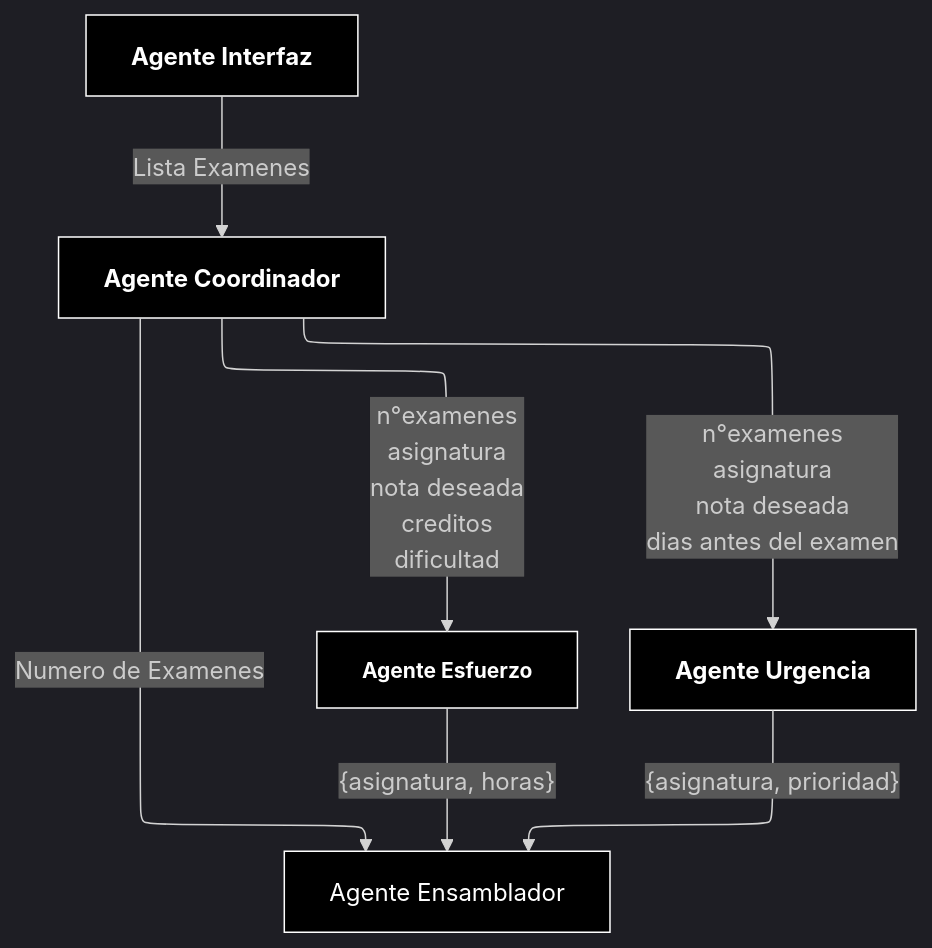
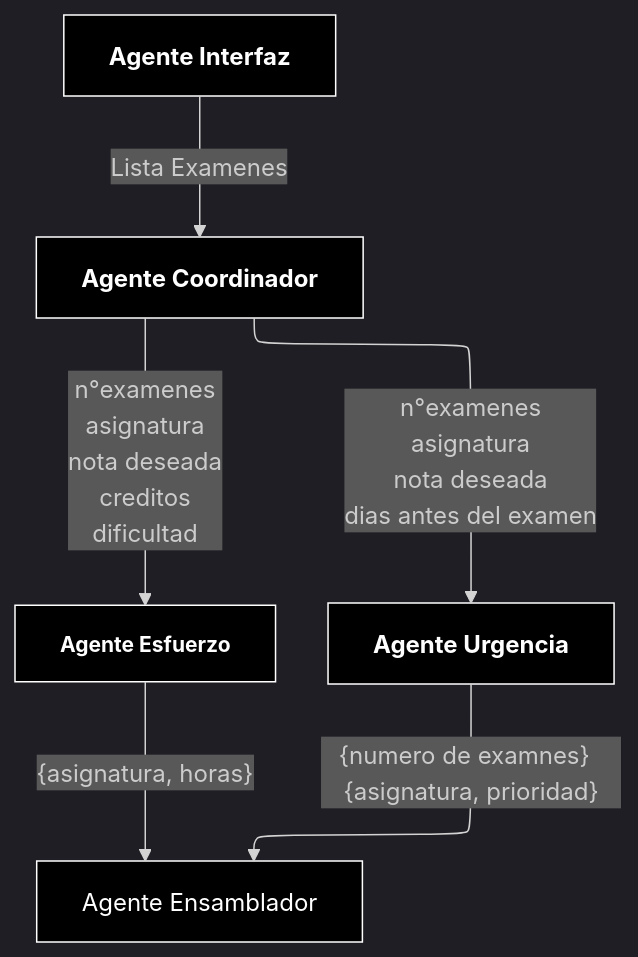
The diagram in README.md (elencantabuelas/ProyectoSI), drawn with Mermaid before and after one commit.

``````diff
--- a/README.md
+++ b/README.md
@@ -100,30 +100,29 @@
 ```mermaid
 ---
 config:
   layout: elk
   theme: dark
 ---
 flowchart TB
     A["`**Agente Interfaz**`"] -- Lista Examenes --> B["`**Agente Coordinador**`"]
     B -- n°examenes<br>asignatura<br>nota deseada<br>creditos<br>dificultad --> C["`**Agente Esfuerzo**`"]
     B -- n°examenes<br>asignatura<br>nota deseada<br>dias antes del examen --> D["`**Agente Urgencia**`"]
     C -- {asignatura, horas} --> E["Agente Ensamblador"]
-    D -- {asignatura, prioridad} --> E
-    B -- Numero de Examenes --> E
+    D -- {numero de examnes}  {asignatura, prioridad} --> E
 
      A:::interfaz
      B:::coordinador
      C:::esfuerzo
      D:::urgencia
      E:::ensamblador
     classDef interfaz stroke:#818cf8,fill:#eef2ff
     classDef coordinador stroke:#a78bfa,fill:#f5f3ff
     classDef esfuerzo stroke:#2dd4bf,fill:#f0fdfa
     classDef urgencia stroke:#fb923c,fill:#fff7ed
     classDef ensamblador stroke:#4ade80,fill:#f0fdf4
     style A fill:#000000,stroke:#ffffff,color:#ffffff
     style B color:#ffffff,fill:#000000,stroke:#ffffff
     style C stroke:#ffffff,fill:#000000,font-size:14px,color:#ffffff
     style D fill:#000000,stroke:#ffffff,color:#ffffff
     style E stroke:#ffffff,color:#ffffff,fill:#000000
 `````
``````
